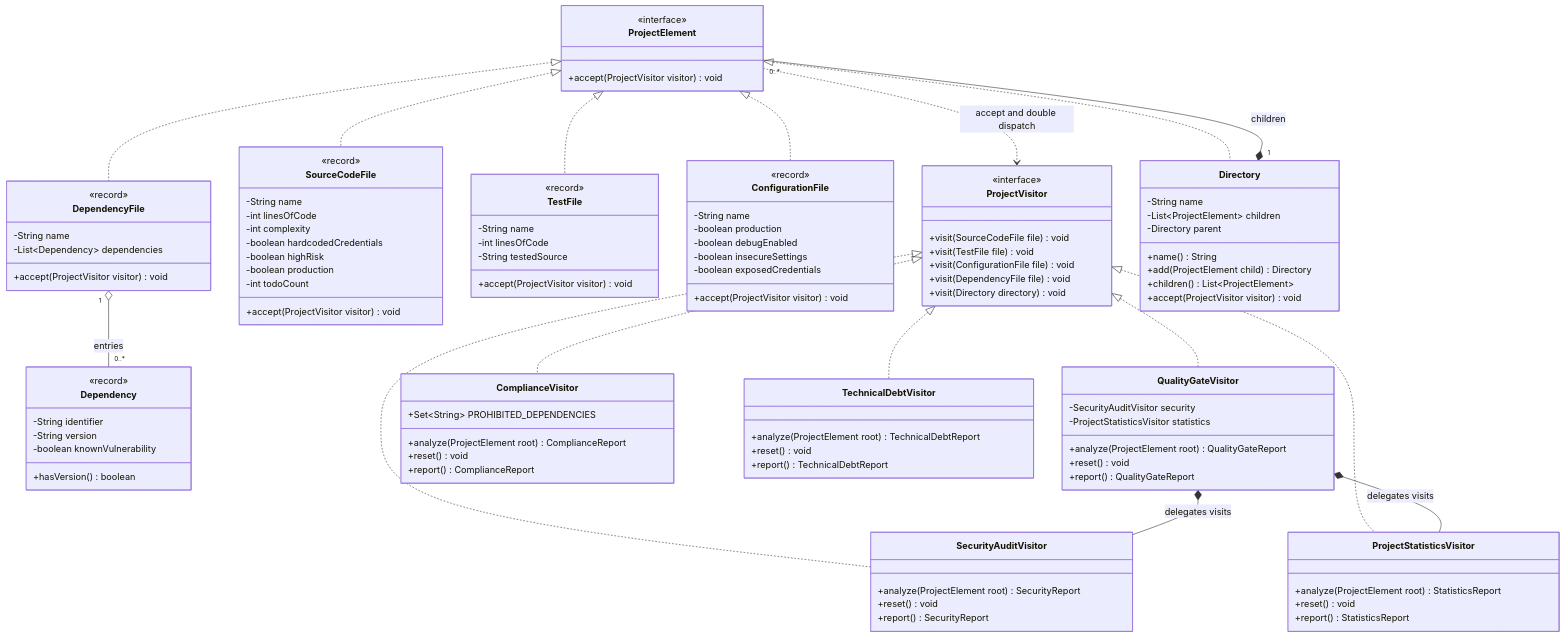
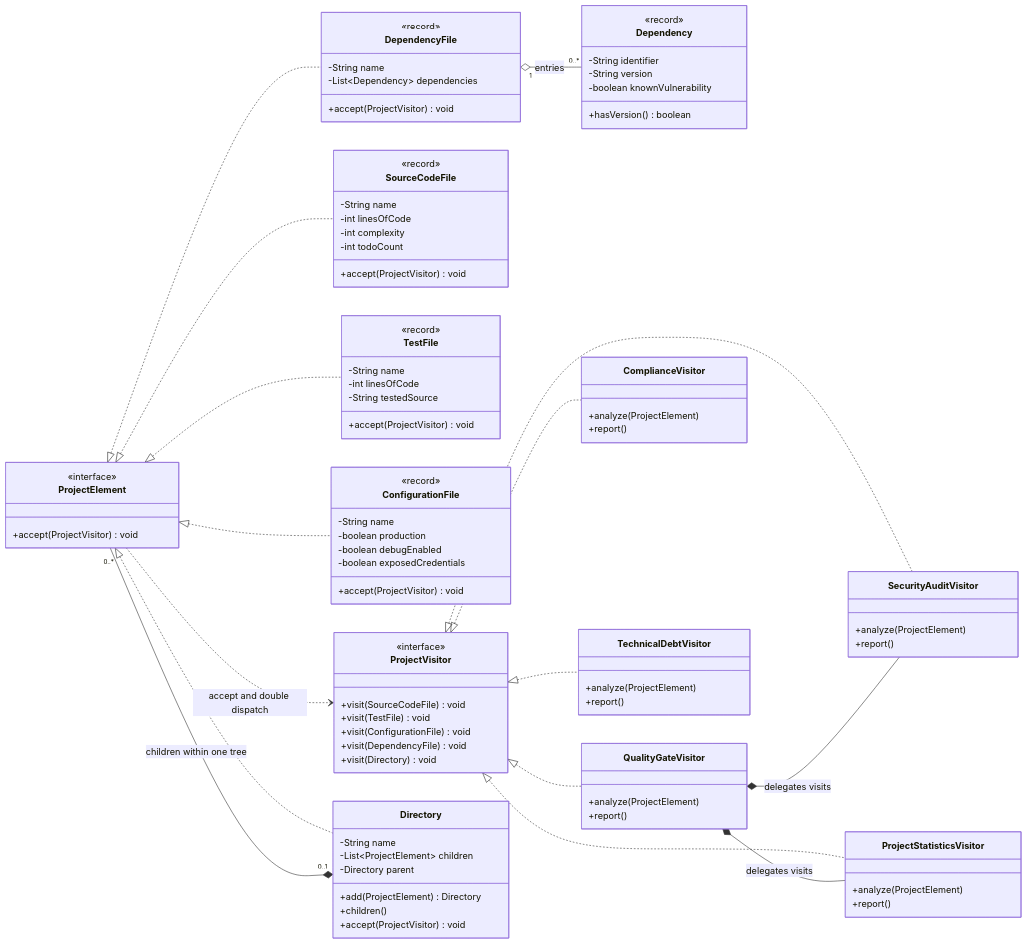
Before and after one commit to JustMel1508/assignment6-visitor-pattern: the first of 2 diagrams in docs/uml.md, drawn with Mermaid. The commit also changed other lines of this file and 1 other file, not shown here.

Commit message:
Update verified test coverage and improve UML accuracy and readability

````diff
--- a/docs/uml.md
+++ b/docs/uml.md
@@ -11,44 +11,40 @@
 ```mermaid
 classDiagram
-    direction TB
+    direction LR
     class ProjectElement {
         <<interface>>
-        +accept(ProjectVisitor visitor) void
+        +accept(ProjectVisitor) void
     }
     class ProjectVisitor {
         <<interface>>
-        +visit(SourceCodeFile file) void
-        +visit(TestFile file) void
-        +visit(ConfigurationFile file) void
-        +visit(DependencyFile file) void
-        +visit(Directory directory) void
+        +visit(SourceCodeFile) void
+        +visit(TestFile) void
+        +visit(ConfigurationFile) void
+        +visit(DependencyFile) void
+        +visit(Directory) void
     }
     class SourceCodeFile {
         <<record>>
         -String name
         -int linesOfCode
         -int complexity
-        -boolean hardcodedCredentials
-        -boolean highRisk
-        -boolean production
         -int todoCount
-        +accept(ProjectVisitor visitor) void
+        +accept(ProjectVisitor) void
     }
     class TestFile {
         <<record>>
         -String name
         -int linesOfCode
         -String testedSource
-        +accept(ProjectVisitor visitor) void
+        +accept(ProjectVisitor) void
     }
     class ConfigurationFile {
         <<record>>
         -String name
         -boolean production
         -boolean debugEnabled
-        -boolean insecureSettings
         -boolean exposedCredentials
-        +accept(ProjectVisitor visitor) void
+        +accept(ProjectVisitor) void
     }
     class Dependency {
         <<record>>
@@ -61,44 +57,35 @@
         <<record>>
         -String name
         -List~Dependency~ dependencies
-        +accept(ProjectVisitor visitor) void
+        +accept(ProjectVisitor) void
     }
     class Directory {
         -String name
         -List~ProjectElement~ children
         -Directory parent
-        +name() String
-        +add(ProjectElement child) Directory
-        +children() List~ProjectElement~
-        +accept(ProjectVisitor visitor) void
+        +add(ProjectElement) Directory
+        +children()
+        +accept(ProjectVisitor) void
     }
     class SecurityAuditVisitor {
-        +analyze(ProjectElement root) SecurityReport
-        +reset() void
-        +report() SecurityReport
+        +analyze(ProjectElement)
+        +report()
     }
     class ProjectStatisticsVisitor {
-        +analyze(ProjectElement root) StatisticsReport
-        +reset() void
-        +report() StatisticsReport
+        +analyze(ProjectElement)
+        +report()
     }
     class QualityGateVisitor {
-        -SecurityAuditVisitor security
-        -ProjectStatisticsVisitor statistics
-        +analyze(ProjectElement root) QualityGateReport
-        +reset() void
-        +report() QualityGateReport
+        +analyze(ProjectElement)
+        +report()
     }
     class ComplianceVisitor {
-        +Set~String~ PROHIBITED_DEPENDENCIES
-        +analyze(ProjectElement root) ComplianceReport
-        +reset() void
-        +report() ComplianceReport
+        +analyze(ProjectElement)
+        +report()
     }
     class TechnicalDebtVisitor {
-        +analyze(ProjectElement root) TechnicalDebtReport
-        +reset() void
-        +report() TechnicalDebtReport
+        +analyze(ProjectElement)
+        +report()
     }
     ProjectElement <|.. SourceCodeFile
     ProjectElement <|.. TestFile
@@ -110,7 +97,7 @@
     ProjectVisitor <|.. QualityGateVisitor
     ProjectVisitor <|.. ComplianceVisitor
     ProjectVisitor <|.. TechnicalDebtVisitor
-    Directory "1" *-- "0..*" ProjectElement : children
+    Directory "0..1" *-- "0..*" ProjectElement : children within one tree
     DependencyFile "1" o-- "0..*" Dependency : entries
     ProjectElement ..> ProjectVisitor : accept and double dispatch
     QualityGateVisitor *-- SecurityAuditVisitor : delegates visits
````
